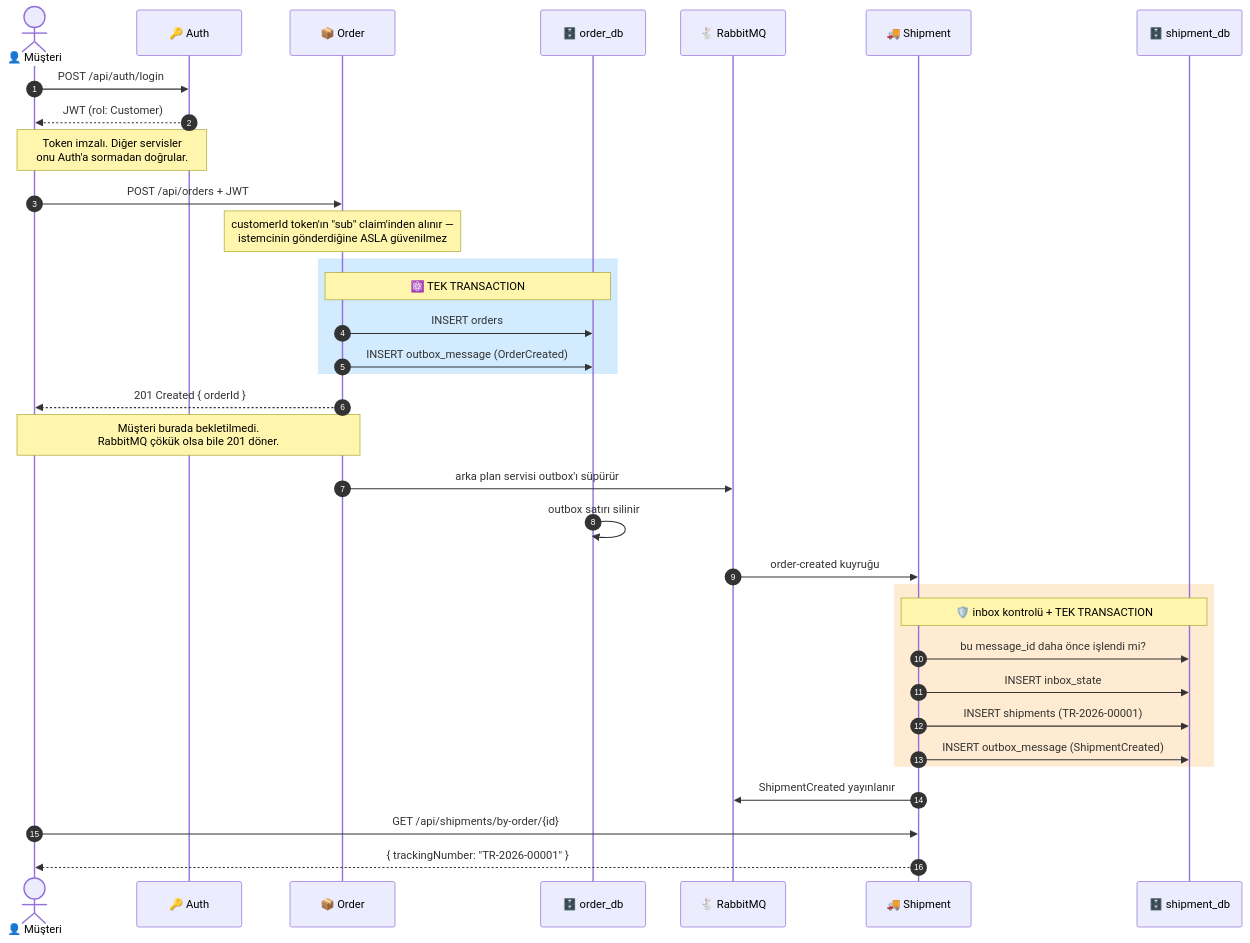
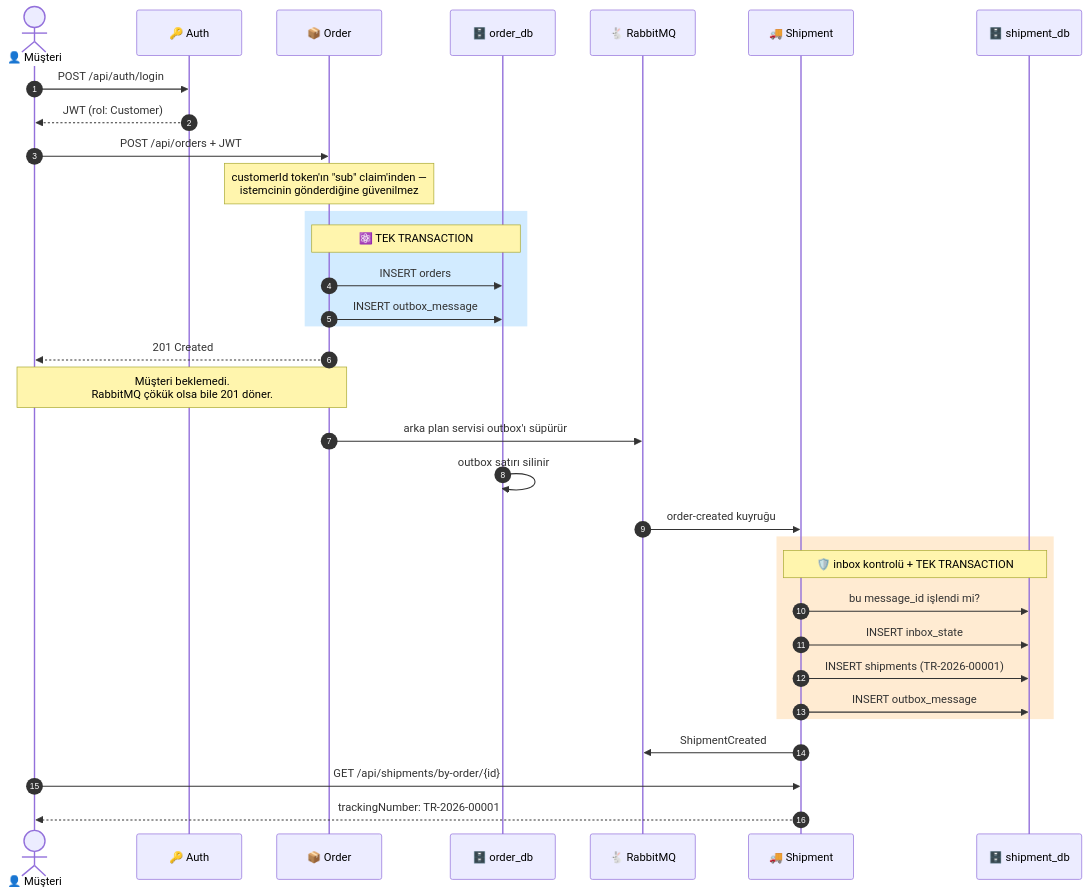
The second of 7 diagrams in README.md (erenctns/Logistic-Microservice_Mvp), drawn with Mermaid before and after one commit. The commit also changed other lines of this file, not shown here.

````diff
--- a/README.md
+++ b/README.md
@@ -90,45 +71,42 @@
 ```mermaid
 sequenceDiagram
     autonumber
     actor M as 👤 Müşteri
     participant A as 🔑 Auth
     participant O as 📦 Order
     participant ODB as 🗄️ order_db
     participant R as 🐇 RabbitMQ
     participant S as 🚚 Shipment
     participant SDB as 🗄️ shipment_db
 
     M->>A: POST /api/auth/login
     A-->>M: JWT (rol: Customer)
-    Note over A,M: Token imzalı. Diğer servisler<br/>onu Auth'a sormadan doğrular.
 
     M->>O: POST /api/orders + JWT
-    Note over O: customerId token'ın "sub" claim'inden alınır —<br/>istemcinin gönderdiğine ASLA güvenilmez
+    Note over O: customerId token'ın "sub" claim'inden —<br/>istemcinin gönderdiğine güvenilmez
 
     rect rgb(210, 235, 255)
     Note over O,ODB: ⚛️ TEK TRANSACTION
     O->>ODB: INSERT orders
-    O->>ODB: INSERT outbox_message (OrderCreated)
+    O->>ODB: INSERT outbox_message
     end
 
-    O-->>M: 201 Created { orderId }
-    Note over M,O: Müşteri burada bekletilmedi.<br/>RabbitMQ çökük olsa bile 201 döner.
+    O-->>M: 201 Created
+    Note over M,O: Müşteri beklemedi.<br/>RabbitMQ çökük olsa bile 201 döner.
 
     O->>R: arka plan servisi outbox'ı süpürür
     ODB->>ODB: outbox satırı silinir
-
     R->>S: order-created kuyruğu
 
     rect rgb(255, 235, 210)
     Note over S,SDB: 🛡️ inbox kontrolü + TEK TRANSACTION
-    S->>SDB: bu message_id daha önce işlendi mi?
+    S->>SDB: bu message_id işlendi mi?
     S->>SDB: INSERT inbox_state
     S->>SDB: INSERT shipments (TR-2026-00001)
-    S->>SDB: INSERT outbox_message (ShipmentCreated)
+    S->>SDB: INSERT outbox_message
     end
 
-    S->>R: ShipmentCreated yayınlanır
-
+    S->>R: ShipmentCreated
     M->>S: GET /api/shipments/by-order/{id}
-    S-->>M: { trackingNumber: "TR-2026-00001" }
+    S-->>M: trackingNumber: TR-2026-00001
 ```
````
